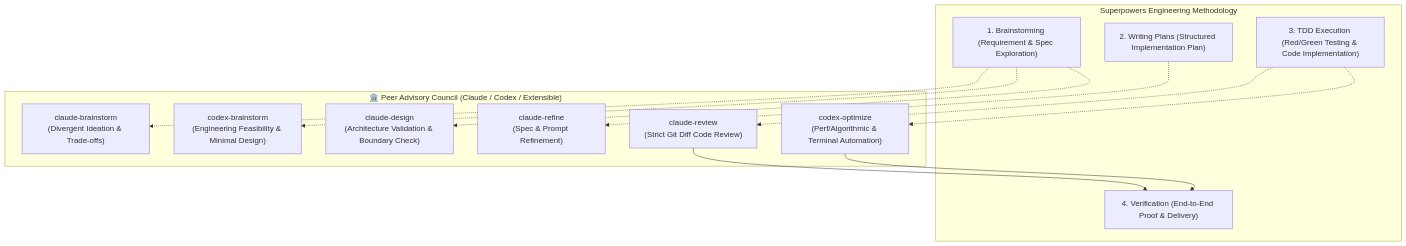
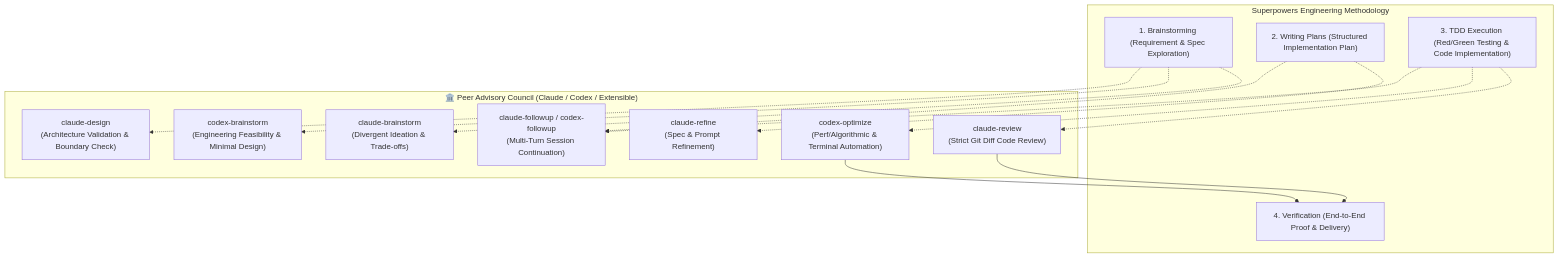
The diagram in templates/antigravity_superpowers.md (gogog22510/agent-collaborator), drawn with Mermaid before and after one commit. The commit also changed other lines of this file and 13 other files, not shown here.

Commit message:
feat: add multi-turn session followups, context piping, robust error handling, and remove cursor references

````diff
--- a/templates/antigravity_superpowers.md
+++ b/templates/antigravity_superpowers.md
@@ -88,27 +86,30 @@
 ```mermaid
 flowchart TD
     subgraph SuperpowersFlow["Superpowers Engineering Methodology"]
         B["1. Brainstorming (Requirement & Spec Exploration)"]
         P["2. Writing Plans (Structured Implementation Plan)"]
         T["3. TDD Execution (Red/Green Testing & Code Implementation)"]
         V["4. Verification (End-to-End Proof & Delivery)"]
     end
 
     subgraph PeerAdvisors["🏛️ Peer Advisory Council (Claude / Codex / Extensible)"]
         CB["claude-brainstorm<br/>(Divergent Ideation & Trade-offs)"]
         XB["codex-brainstorm<br/>(Engineering Feasibility & Minimal Design)"]
         CD["claude-design<br/>(Architecture Validation & Boundary Check)"]
         CR["claude-refine<br/>(Spec & Prompt Refinement)"]
         CW["claude-review<br/>(Strict Git Diff Code Review)"]
         CO["codex-optimize<br/>(Perf/Algorithmic & Terminal Automation)"]
+        CF["claude-followup / codex-followup<br/>(Multi-Turn Session Continuation)"]
     end
 
     B -.-> CB
     B -.-> XB
     B -.-> CD
     P -.-> CR
+    P -.-> CF
     T -.-> CW
     T -.-> CO
+    T -.-> CF
     CW --> V
     CO --> V
 ```
````
